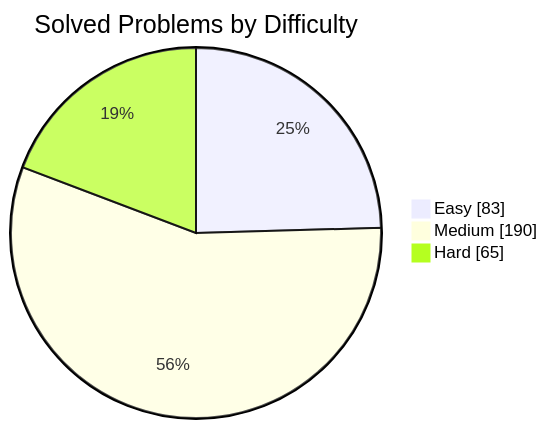
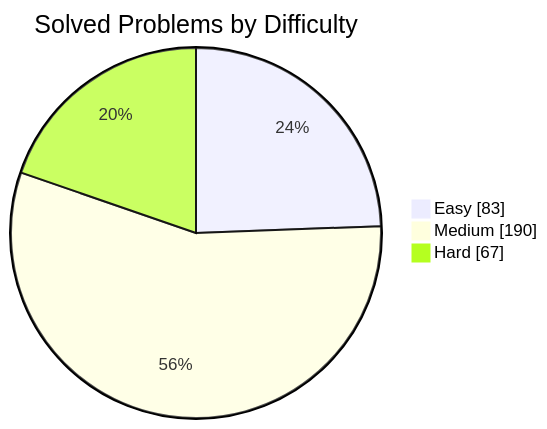
Before and after one commit to manikantbindass/DSA-Preparation-FAANG: the first of 2 diagrams in README.md, drawn with Mermaid. The commit also changed other lines of this file and 1 other file, not shown here.

````diff
--- a/README.md
+++ b/README.md
@@ -77,7 +77,7 @@
 ```mermaid
 pie showData
     title Solved Problems by Difficulty
     "Easy" : 83
     "Medium" : 190
-    "Hard" : 65
+    "Hard" : 67
 ```
````
